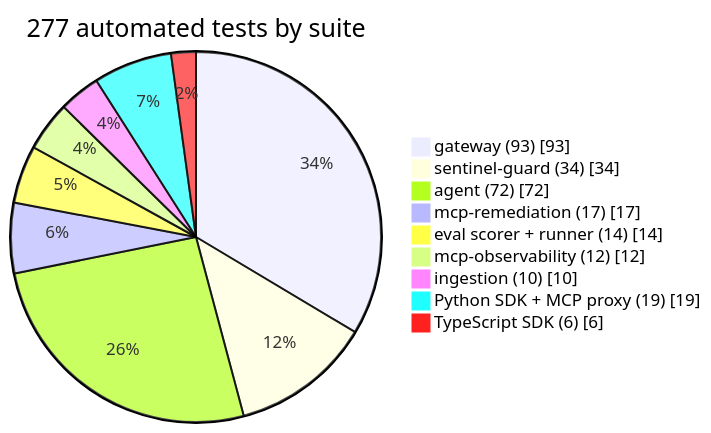
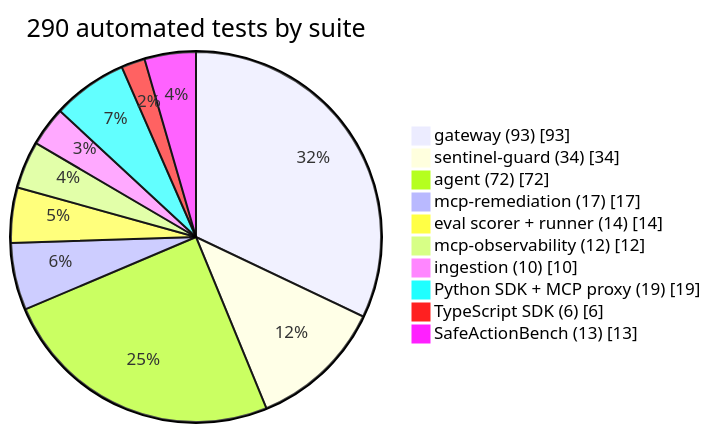
Before and after one commit to abdulmdev/sentinel-incident-copilot: the diagram in docs/handbook/diagrams/14-chart-tests-by-suite.mmd, drawn with Mermaid. The commit also changed 65 other files, not shown here.

First line of the commit message:
SafeActionBench: an open benchmark for harmful agent actions, with and without a guard

```diff
--- a/docs/handbook/diagrams/14-chart-tests-by-suite.mmd
+++ b/docs/handbook/diagrams/14-chart-tests-by-suite.mmd
@@ -1,11 +1,12 @@
 pie showData
-  title 277 automated tests by suite
+  title 290 automated tests by suite
   "gateway (93)" : 93
   "sentinel-guard (34)" : 34
   "agent (72)" : 72
   "mcp-remediation (17)" : 17
   "eval scorer + runner (14)" : 14
   "mcp-observability (12)" : 12
   "ingestion (10)" : 10
   "Python SDK + MCP proxy (19)" : 19
   "TypeScript SDK (6)" : 6
+  "SafeActionBench (13)" : 13
```
